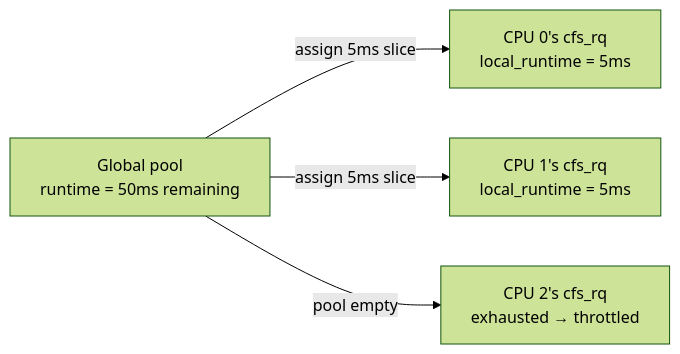
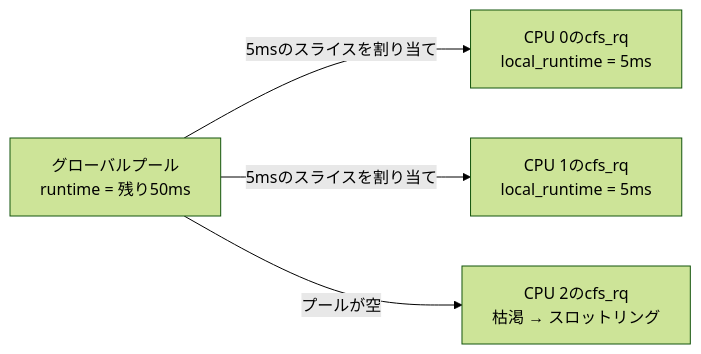
Before and after one commit to doguto/linux-kernel-internals-jp: the diagram in docs/sched/cpu-bandwidth.md, drawn with Mermaid (forest theme). The commit also changed other lines of this file and 113 other files, not shown here.

````diff
--- a/docs/sched/cpu-bandwidth.md
+++ b/docs/sched/cpu-bandwidth.md
@@ -70,11 +70,11 @@
 ```mermaid
 flowchart LR
-    POOL["Global pool<br/>runtime = 50ms remaining"]
-    CPU0["CPU 0's cfs_rq<br/>local_runtime = 5ms"]
-    CPU1["CPU 1's cfs_rq<br/>local_runtime = 5ms"]
-    CPU2["CPU 2's cfs_rq<br/>exhausted → throttled"]
+    POOL["グローバルプール<br/>runtime = 残り50ms"]
+    CPU0["CPU 0のcfs_rq<br/>local_runtime = 5ms"]
+    CPU1["CPU 1のcfs_rq<br/>local_runtime = 5ms"]
+    CPU2["CPU 2のcfs_rq<br/>枯渇 → スロットリング"]
 
-    POOL -->|"assign 5ms slice"| CPU0
-    POOL -->|"assign 5ms slice"| CPU1
-    POOL -->|"pool empty"| CPU2
+    POOL -->|"5msのスライスを割り当て"| CPU0
+    POOL -->|"5msのスライスを割り当て"| CPU1
+    POOL -->|"プールが空"| CPU2
 ```
````
